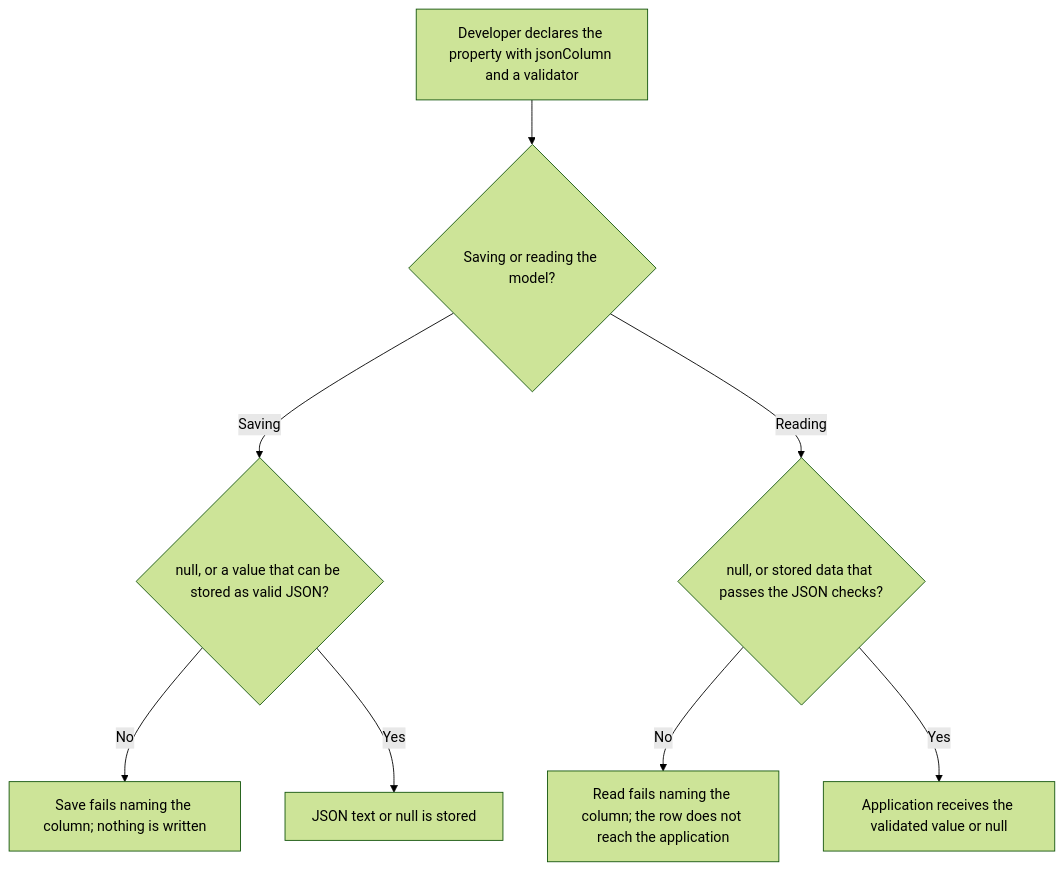
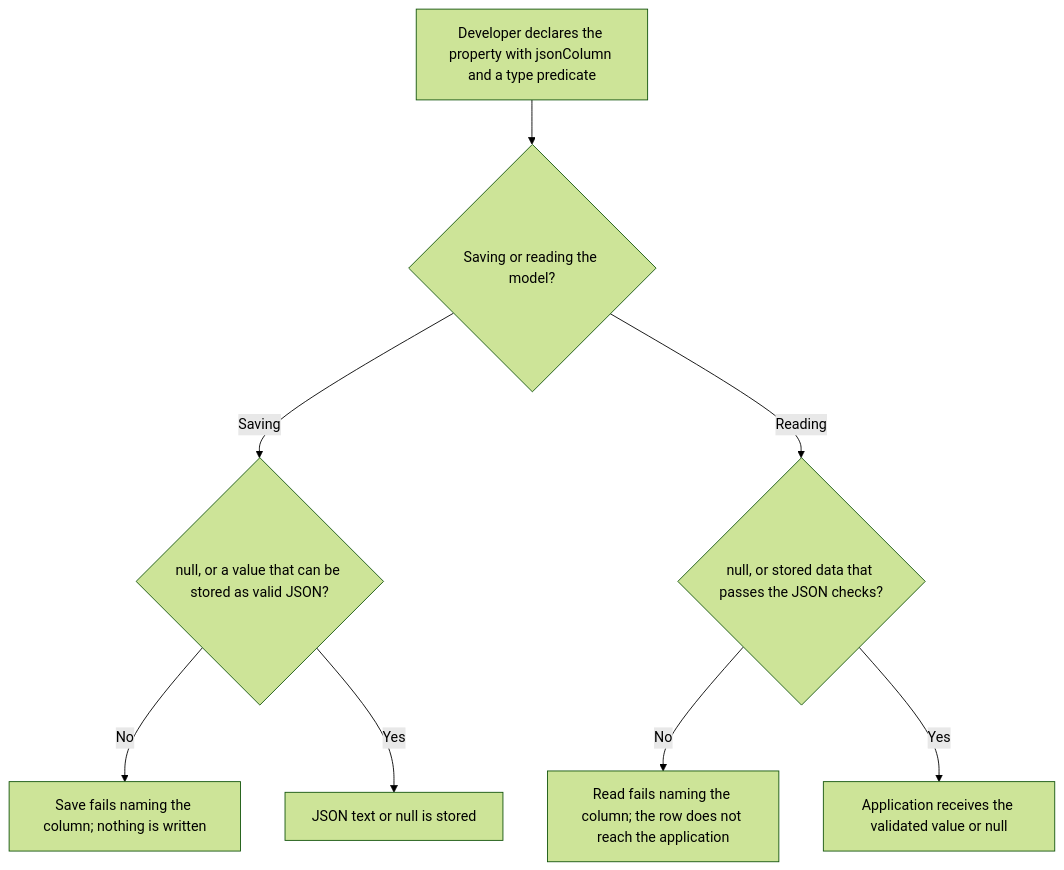
The first of 2 diagrams in user-stories/US-COLUMN-01-store-checked-json.md (Kevinjohn/oss-adonisjs-lucid-checked-columns), drawn with Mermaid (forest theme) before and after one commit. The commit also changed other lines of this file and 16 other files, not shown here.

````diff
--- a/user-stories/US-COLUMN-01-store-checked-json.md
+++ b/user-stories/US-COLUMN-01-store-checked-json.md
@@ -31,10 +31,10 @@
 ```mermaid
 flowchart TD
-    A["Developer declares the property with jsonColumn and a validator"] --> B{"Saving or reading the model?"}
+    A["Developer declares the property with jsonColumn and a type predicate"] --> B{"Saving or reading the model?"}
     B -->|Saving| C{"null, or a value that can be stored as valid JSON?"}
     C -->|No| D["Save fails naming the column; nothing is written"]
     C -->|Yes| E["JSON text or null is stored"]
     B -->|Reading| F{"null, or stored data that passes the JSON checks?"}
     F -->|No| G["Read fails naming the column; the row does not reach the application"]
     F -->|Yes| H["Application receives the validated value or null"]
 ```
````
